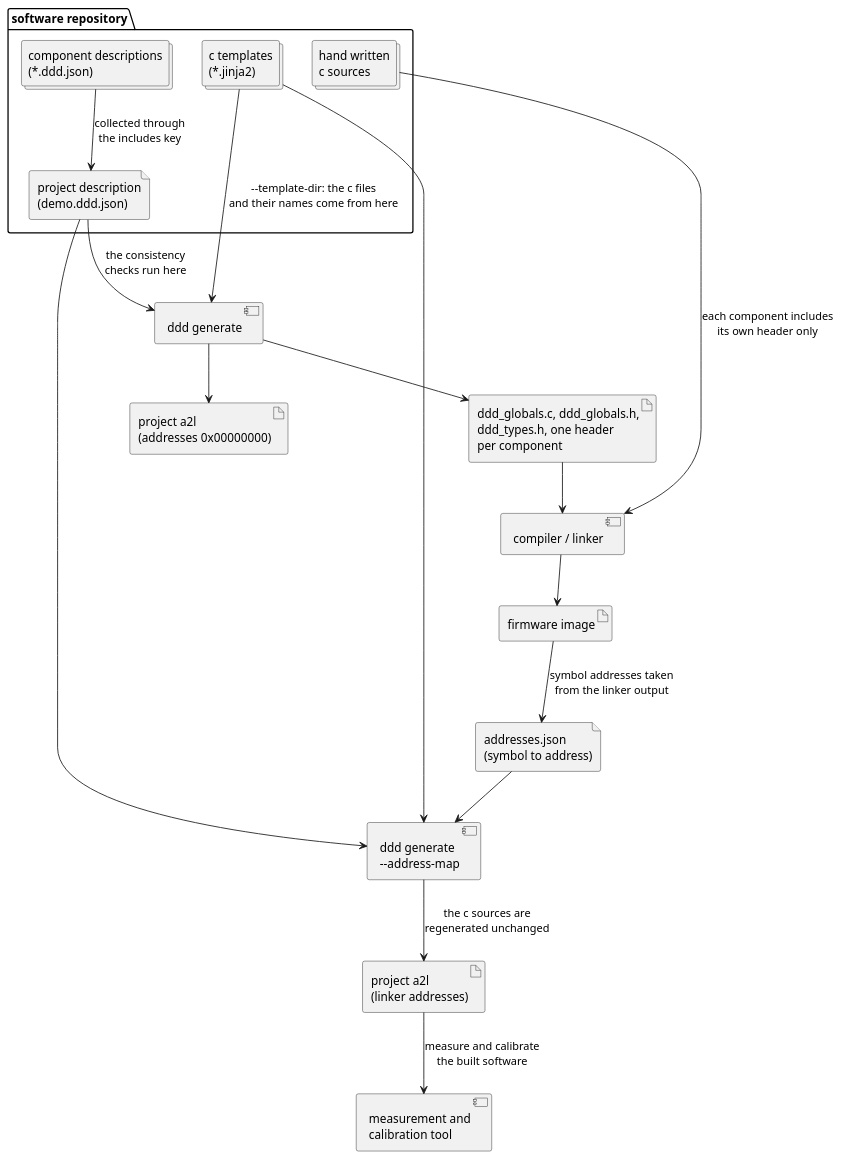
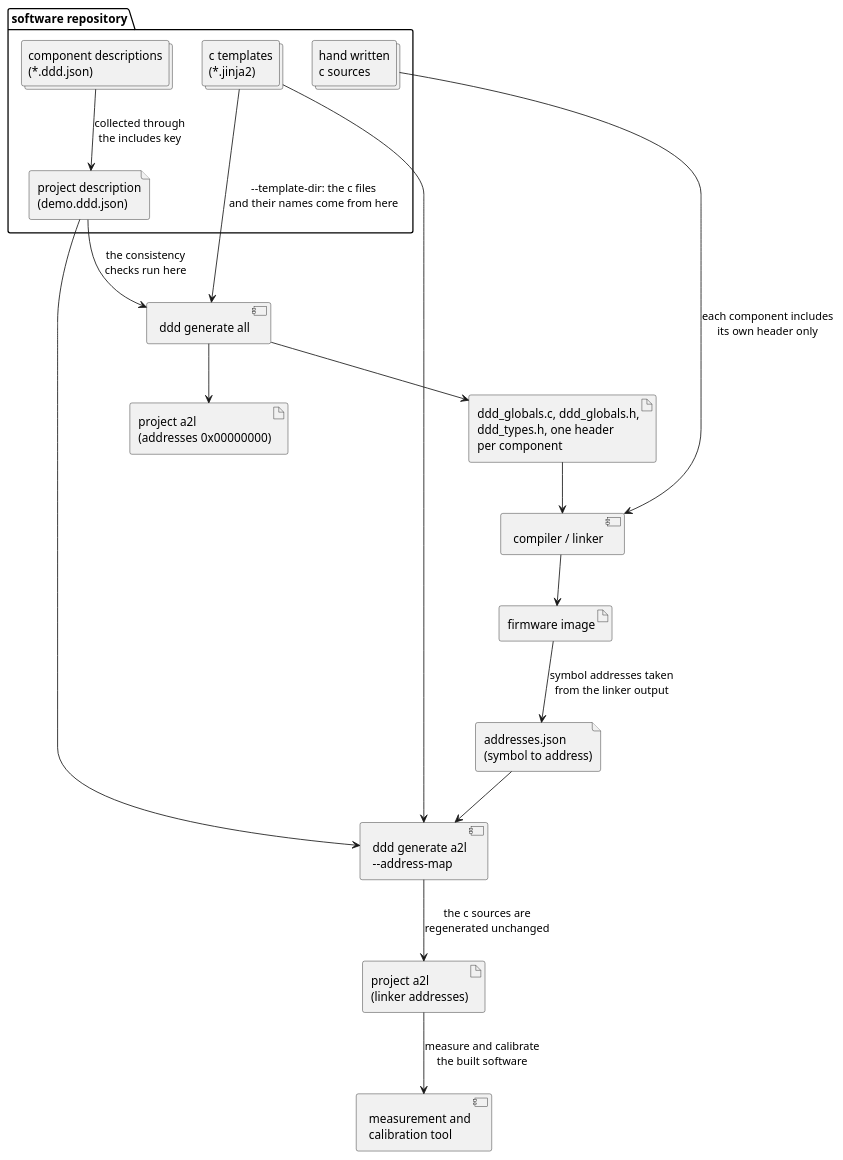
Before and after one commit to Sauci/ddd: the first of 2 diagrams in docs/concept.rst, drawn with PlantUML. The commit also changed other lines of this file and 16 other files, not shown here.

```diff
--- a/docs/concept.rst
+++ b/docs/concept.rst
@@ -439,37 +433,37 @@
 .. uml::
 
    folder "software repository" as repository {
        collections "component descriptions\n(*.ddd.json)" as component_files
        file "project description\n(demo.ddd.json)" as project_file
        collections "c templates\n(*.jinja2)" as templates
        collections "hand written\nc sources" as c_sources
    }
 
-   component "ddd generate" as ddd_first
-   component "ddd generate\n--address-map" as ddd_second
+   component "ddd generate all" as ddd_first
+   component "ddd generate a2l\n--address-map" as ddd_second
    component "compiler / linker" as toolchain
 
    artifact "ddd_globals.c, ddd_globals.h,\nddd_types.h, one header\nper component" as generated_c
    artifact "project a2l\n(addresses 0x00000000)" as provisional_a2l
    artifact "firmware image" as image
    file "addresses.json\n(symbol to address)" as address_map
    artifact "project a2l\n(linker addresses)" as final_a2l
 
    component "measurement and\ncalibration tool" as mc_tool
 
    component_files --> project_file: collected through\nthe includes key
    project_file --> ddd_first: the consistency\nchecks run here
    templates --> ddd_first: --template-dir: the c files\nand their names come from here
    ddd_first --> generated_c
    ddd_first --> provisional_a2l
 
    generated_c --> toolchain
    c_sources --> toolchain: each component includes\nits own header only
    toolchain --> image
    image --> address_map: symbol addresses taken\nfrom the linker output
 
    project_file --> ddd_second
    templates --> ddd_second
    address_map --> ddd_second
    ddd_second --> final_a2l: the c sources are\nregenerated unchanged
    final_a2l --> mc_tool: measure and calibrate\nthe built software
```
